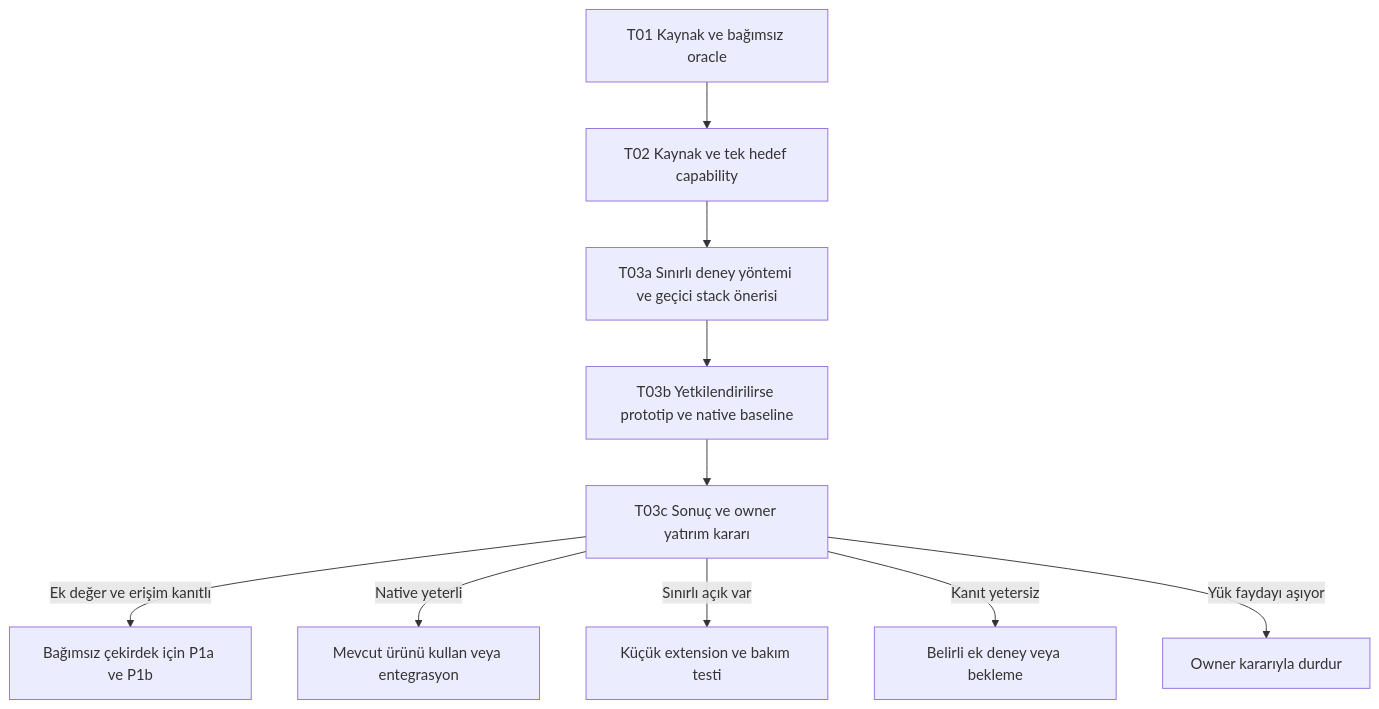
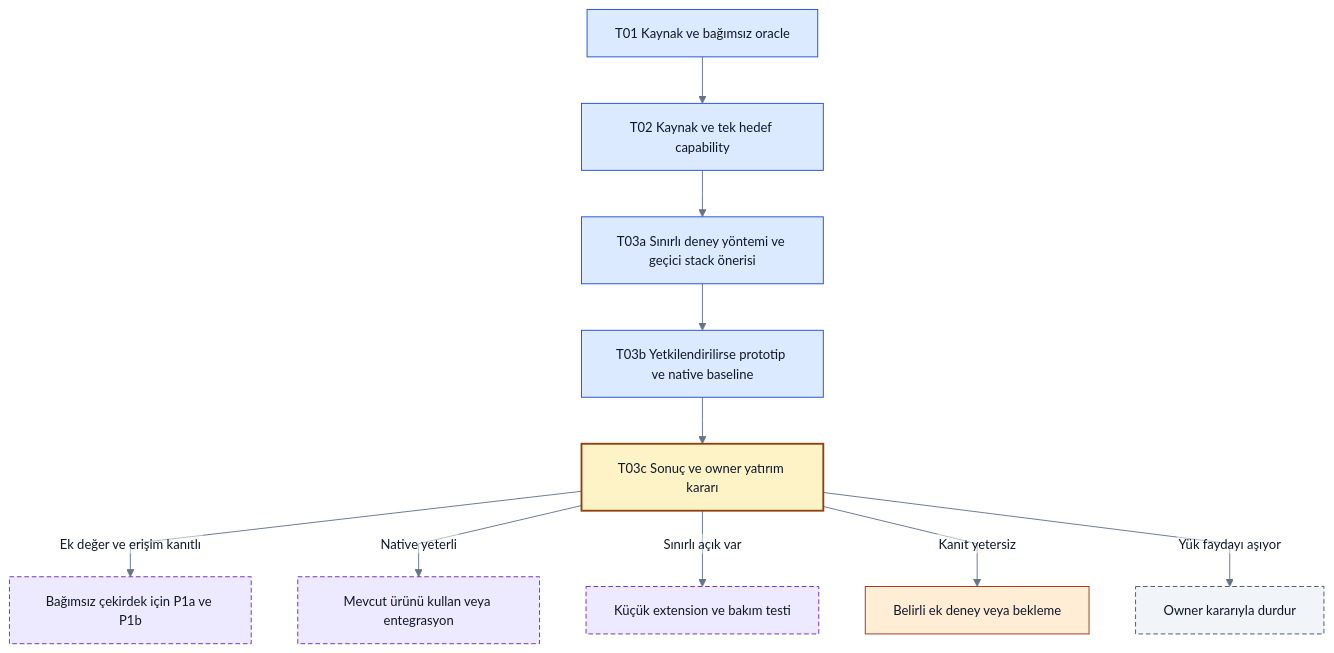
The diagram in docs/product/current-direction.md (alphanAkbulut/decivora), drawn with Mermaid before and after one commit. The commit also changed other lines of this file and 21 other files, not shown here.

Commit message:
Refresh all Mermaid diagrams, clarify decision states and document rendering evidence

````diff
--- a/docs/product/current-direction.md
+++ b/docs/product/current-direction.md
@@ -34,12 +37,25 @@
 ```mermaid
+%%{init: {"theme":"base","themeVariables":{"fontFamily":"Arial, sans-serif","fontSize":"14px","primaryColor":"#eff6ff","primaryTextColor":"#0f172a","primaryBorderColor":"#1d4ed8","lineColor":"#64748b","secondaryColor":"#ccfbf1","tertiaryColor":"#f1f5f9","background":"#ffffff","mainBkg":"#eff6ff","textColor":"#0f172a","clusterBkg":"#f8fafc","clusterBorder":"#94a3b8","edgeLabelBackground":"#ffffff","actorBkg":"#eff6ff","actorTextColor":"#0f172a","actorBorder":"#1d4ed8","signalColor":"#64748b","signalTextColor":"#0f172a","noteBkgColor":"#fef3c7","noteTextColor":"#0f172a","noteBorderColor":"#92400e"},"flowchart":{"htmlLabels":false,"curve":"linear"},"sequence":{"wrap":true},"themeCSS":"background-color:#ffffff;"}}%%
 flowchart TD
+    accTitle: Güncel ilk deney ve owner yatırım kararı
+    accDescr: Önerilen tasarım veya açıkça belirtilen sentetik örnek. Renkler alan ve kontrol türünü gösterir; implemented veya passed kanıtı değildir. Yetki, revision ve coverage sınırları korunur.
     T1["T01 Kaynak ve bağımsız oracle"] --> T2["T02 Kaynak ve tek hedef capability"]
     T2 --> A["T03a Sınırlı deney yöntemi ve geçici stack önerisi"]
     A --> P["T03b Yetkilendirilirse prototip ve native baseline"]
     P --> R["T03c Sonuç ve owner yatırım kararı"]
     R -->|Ek değer ve erişim kanıtlı| B["Bağımsız çekirdek için P1a ve P1b"]
     R -->|Native yeterli| N["Mevcut ürünü kullan veya entegrasyon"]
     R -->|Sınırlı açık var| E["Küçük extension ve bakım testi"]
     R -->|Kanıt yetersiz| U["Belirli ek deney veya bekleme"]
     R -->|Yük faydayı aşıyor| S["Owner kararıyla durdur"]
+    classDef process fill:#dbeafe,stroke:#1d4ed8,color:#0f172a
+    classDef gate fill:#fef3c7,stroke:#92400e,color:#0f172a,stroke-width:2px
+    classDef future fill:#ede9fe,stroke:#6d28d9,color:#0f172a,stroke-dasharray:5 3
+    classDef warning fill:#ffedd5,stroke:#9a3412,color:#0f172a
+    classDef history fill:#f1f5f9,stroke:#475569,color:#0f172a,stroke-dasharray:5 3
+    class T1,T2,A,P process
+    class R gate
+    class B,N,E future
+    class U warning
+    class S history
 ```
````
